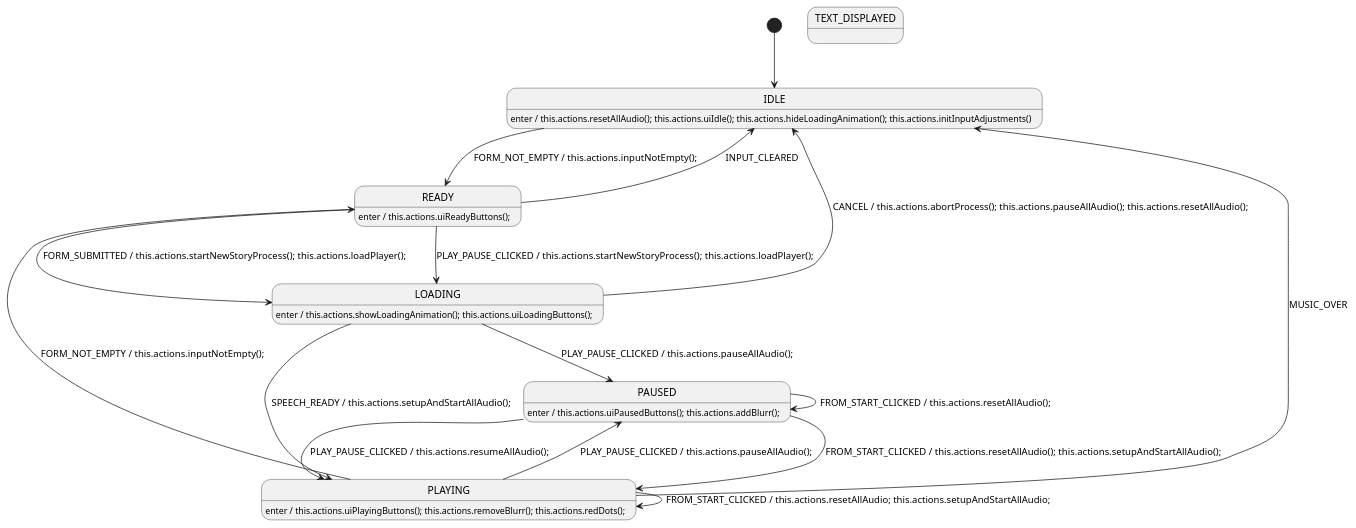
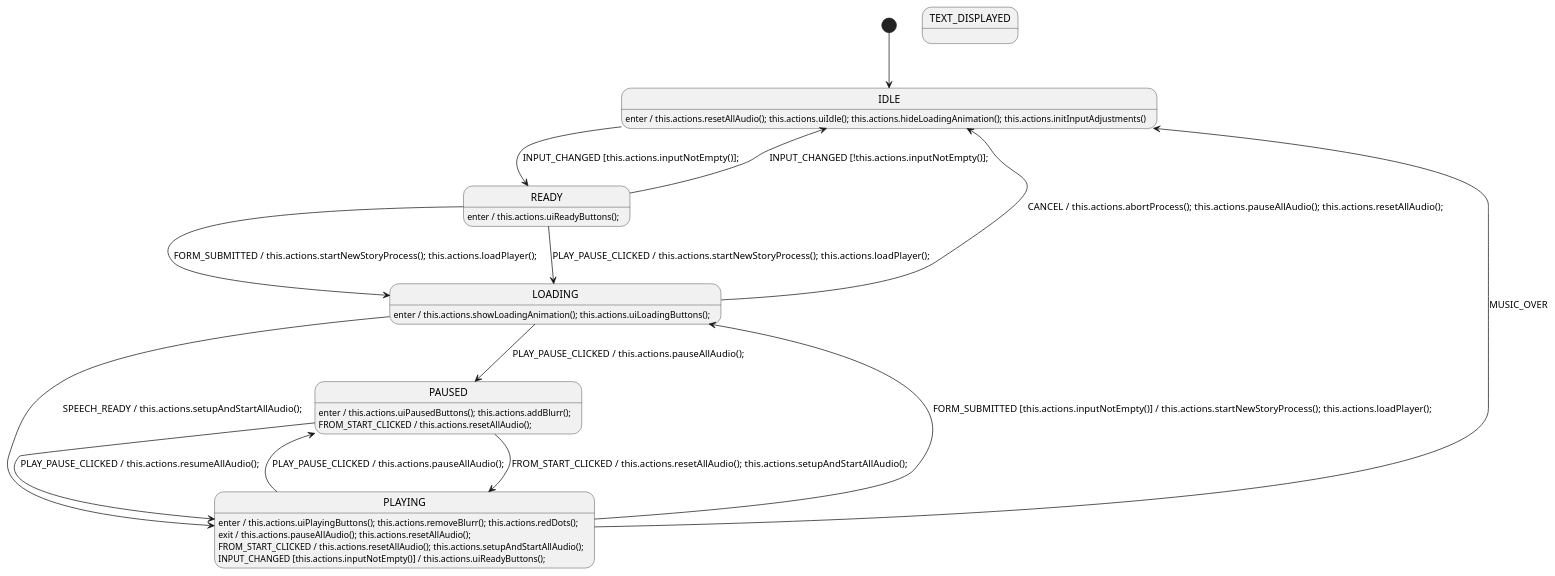
The diagram in static/js/audioSmActions.plantuml (grannygoestoheaven/teller), drawn with PlantUML before and after one commit. The commit also changed 10 other files, not shown here.

Commit message:
internal events and exit actions

```diff
--- a/static/js/audioSmActions.plantuml
+++ b/static/js/audioSmActions.plantuml
@@ -1,44 +1,46 @@
 @startuml AudioStateMachine
 
     '############################ States ############################
 
     [*] --> IDLE
 
     state IDLE
     state READY
     state LOADING
     state PLAYING
     state PAUSED
     state TEXT_DISPLAYED
 
     '############################ Handlers ############################
 
     IDLE: enter / this.actions.resetAllAudio(); this.actions.uiIdle(); this.actions.hideLoadingAnimation(); this.actions.initInputAdjustments()
-    IDLE --> READY : FORM_NOT_EMPTY / this.actions.inputNotEmpty();
+    IDLE --> READY : INPUT_CHANGED [this.actions.inputNotEmpty()];
 
     READY: enter / this.actions.uiReadyButtons();
     READY --> LOADING : FORM_SUBMITTED / this.actions.startNewStoryProcess(); this.actions.loadPlayer();
     READY --> LOADING : PLAY_PAUSE_CLICKED / this.actions.startNewStoryProcess(); this.actions.loadPlayer();
-    READY --> IDLE : INPUT_CLEARED
+    READY --> IDLE : INPUT_CHANGED [!this.actions.inputNotEmpty()];
 
     LOADING: enter / this.actions.showLoadingAnimation(); this.actions.uiLoadingButtons();
     LOADING --> PLAYING : SPEECH_READY / this.actions.setupAndStartAllAudio();
     LOADING --> PAUSED : PLAY_PAUSE_CLICKED / this.actions.pauseAllAudio();
     LOADING --> IDLE : CANCEL / this.actions.abortProcess(); this.actions.pauseAllAudio(); this.actions.resetAllAudio();
 
     PLAYING: enter / this.actions.uiPlayingButtons(); this.actions.removeBlurr(); this.actions.redDots();
+    PLAYING: exit / this.actions.pauseAllAudio(); this.actions.resetAllAudio();
     PLAYING --> PAUSED : PLAY_PAUSE_CLICKED / this.actions.pauseAllAudio();
-    PLAYING --> READY : FORM_NOT_EMPTY / this.actions.inputNotEmpty();
     PLAYING --> IDLE : MUSIC_OVER
-    PLAYING --> PLAYING : FROM_START_CLICKED / this.actions.resetAllAudio; this.actions.setupAndStartAllAudio;
+    PLAYING --> LOADING : FORM_SUBMITTED [this.actions.inputNotEmpty()] / this.actions.startNewStoryProcess(); this.actions.loadPlayer();
+    PLAYING : FROM_START_CLICKED / this.actions.resetAllAudio(); this.actions.setupAndStartAllAudio();
+    PLAYING : INPUT_CHANGED [this.actions.inputNotEmpty()] / this.actions.uiReadyButtons();
 
     PAUSED: enter / this.actions.uiPausedButtons(); this.actions.addBlurr();
     PAUSED --> PLAYING : PLAY_PAUSE_CLICKED / this.actions.resumeAllAudio();
     PAUSED --> PLAYING : FROM_START_CLICKED / this.actions.resetAllAudio(); this.actions.setupAndStartAllAudio();
-    PAUSED --> PAUSED : FROM_START_CLICKED / this.actions.resetAllAudio();
+    PAUSED : FROM_START_CLICKED / this.actions.resetAllAudio();
 
 /'! $CONFIG : toml
 SmRunnerSettings.transpilerId = "JavaScript"
 '/
 
 @enduml
```
